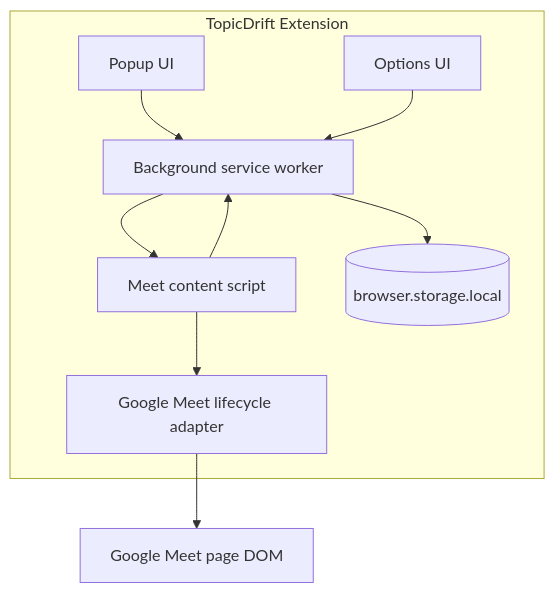
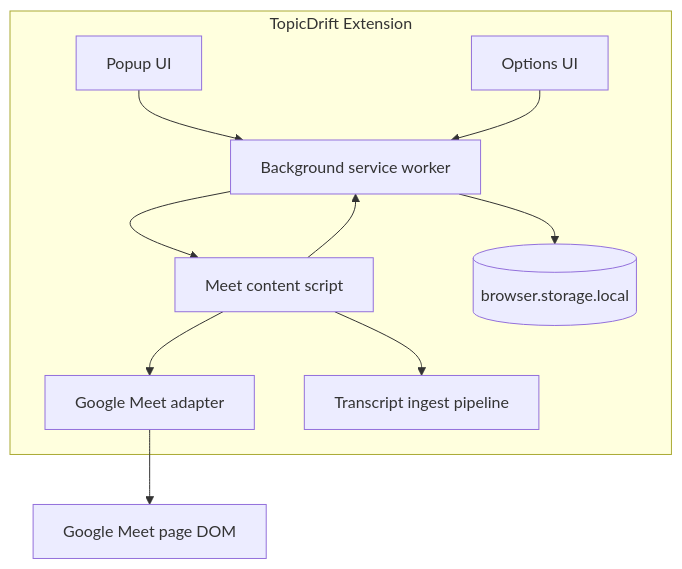
Before and after one commit to shulabhb/TopicDrift: the diagram in docs/architecture.md, drawn with Mermaid. The commit also changed other lines of this file and 36 other files, not shown here.

````diff
--- a/docs/architecture.md
+++ b/docs/architecture.md
@@ -17,21 +17,23 @@
 ```mermaid
 flowchart TB
   subgraph ChromeExtension[TopicDrift Extension]
     BG[Background service worker]
     POP[Popup UI]
     OPT[Options UI]
     CS[Meet content script]
-    ADP[Google Meet lifecycle adapter]
+    ADP[Google Meet adapter]
+    ING[Transcript ingest pipeline]
     STORE[(browser.storage.local)]
   end
 
   MEET[Google Meet page DOM]
 
   POP --> BG
   OPT --> BG
   CS --> ADP
   ADP --> MEET
+  CS --> ING
   CS --> BG
   BG --> STORE
   BG --> CS
 ```
````
